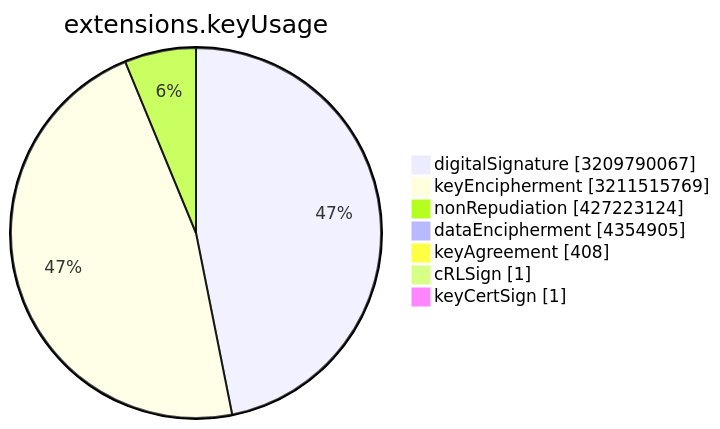
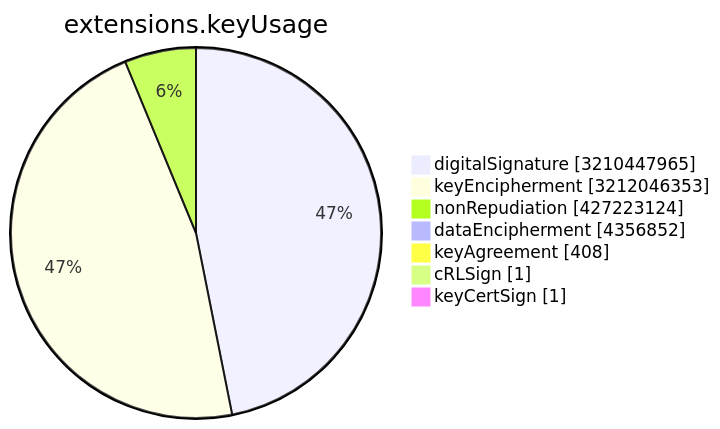
The sixth of 15 diagrams in TOTAL/README.md (christiankrug/ctmonitor_visualization), drawn with Mermaid before and after one commit. The commit also changed other lines of this file, not shown here.

````diff
--- a/TOTAL/README.md
+++ b/TOTAL/README.md
@@ -3077,11 +3077,11 @@
 ```mermaid
 pie showData
 title extensions.keyUsage
-"digitalSignature" :3209790067
-"keyEncipherment" :3211515769
+"digitalSignature" :3210447965
+"keyEncipherment" :3212046353
 "nonRepudiation" :427223124
-"dataEncipherment" :4354905
+"dataEncipherment" :4356852
 "keyAgreement" :408
 "cRLSign" :1
 "keyCertSign" :1
 ```
````
